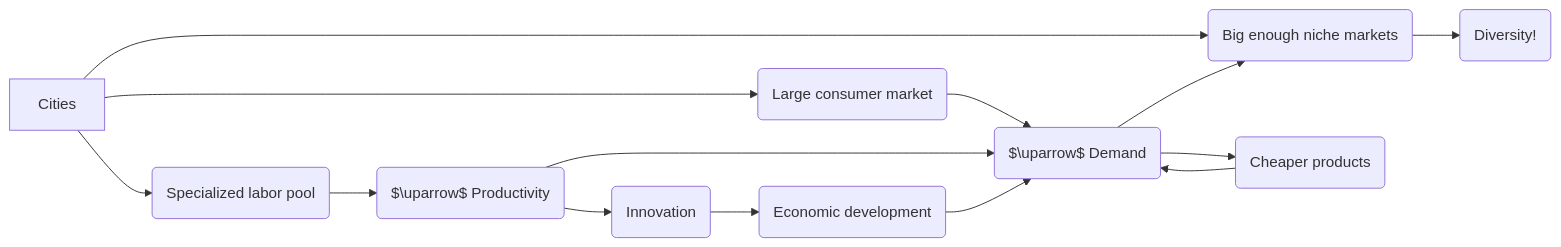
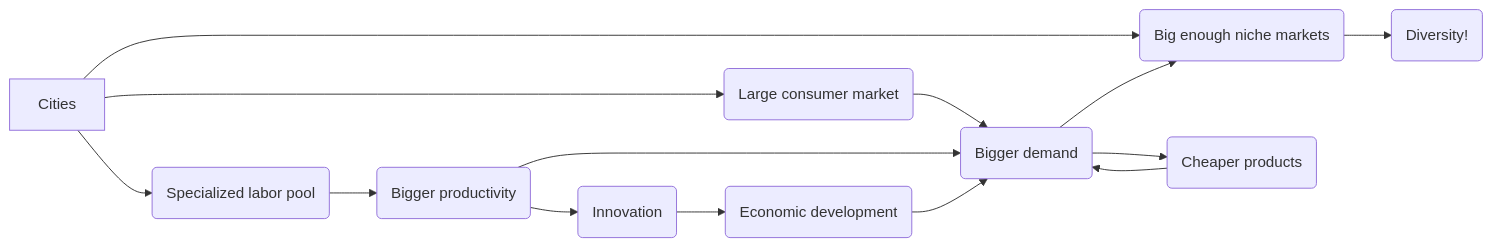
One commit to baarthur/urban_econ changed the second of 2 diagrams in urban_econ.qmd. Above: the diagram before and after it, drawn with Mermaid. The commit also changed other lines of this file and 26 other files, not shown here.

````diff
--- a/urban_econ.qmd
+++ b/urban_econ.qmd
@@ -146,25 +146,25 @@
 ```{mermaid}
 %%| mermaid-format: svg
 %%| fig-height: 2in
 
 flowchart LR
 
 A[Cities] --> B(Large consumer market)
 A --> C(Specialized labor pool)
 A --> D(Big enough niche markets)
 
-B --> E($\uparrow$ Demand)
+B --> E(Bigger demand)
 E --> D
 
-C --> F($\uparrow$ Productivity)
+C --> F(Bigger productivity)
 F --> E
 F --> I(Innovation)
 
 D --> G(Diversity!)
 
 E --> H(Cheaper products)
 H --> E
 
 I --> J(Economic development)
 J --> E
 ```
````
